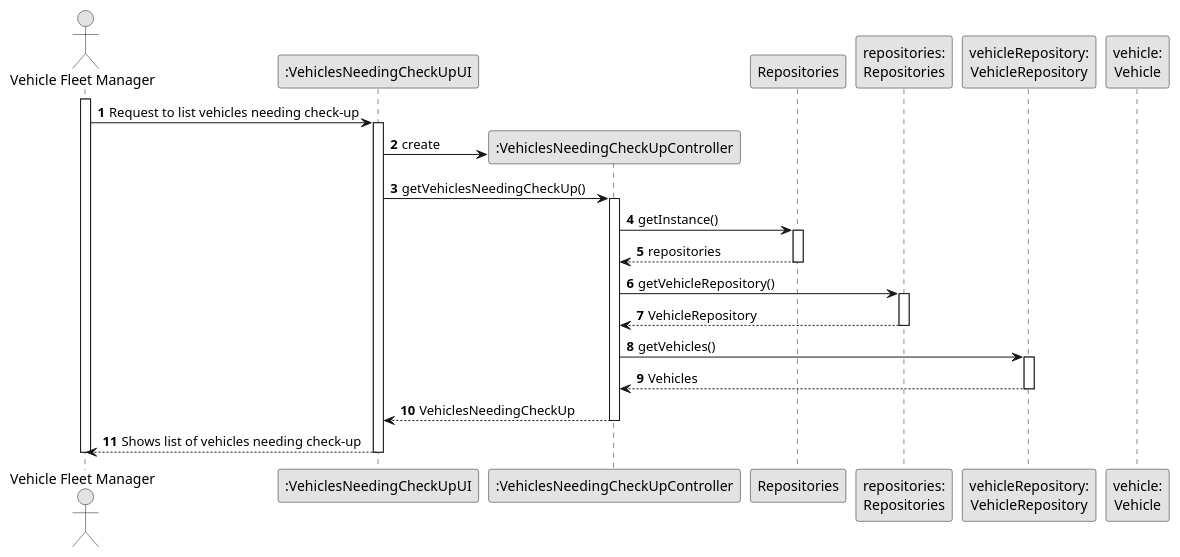
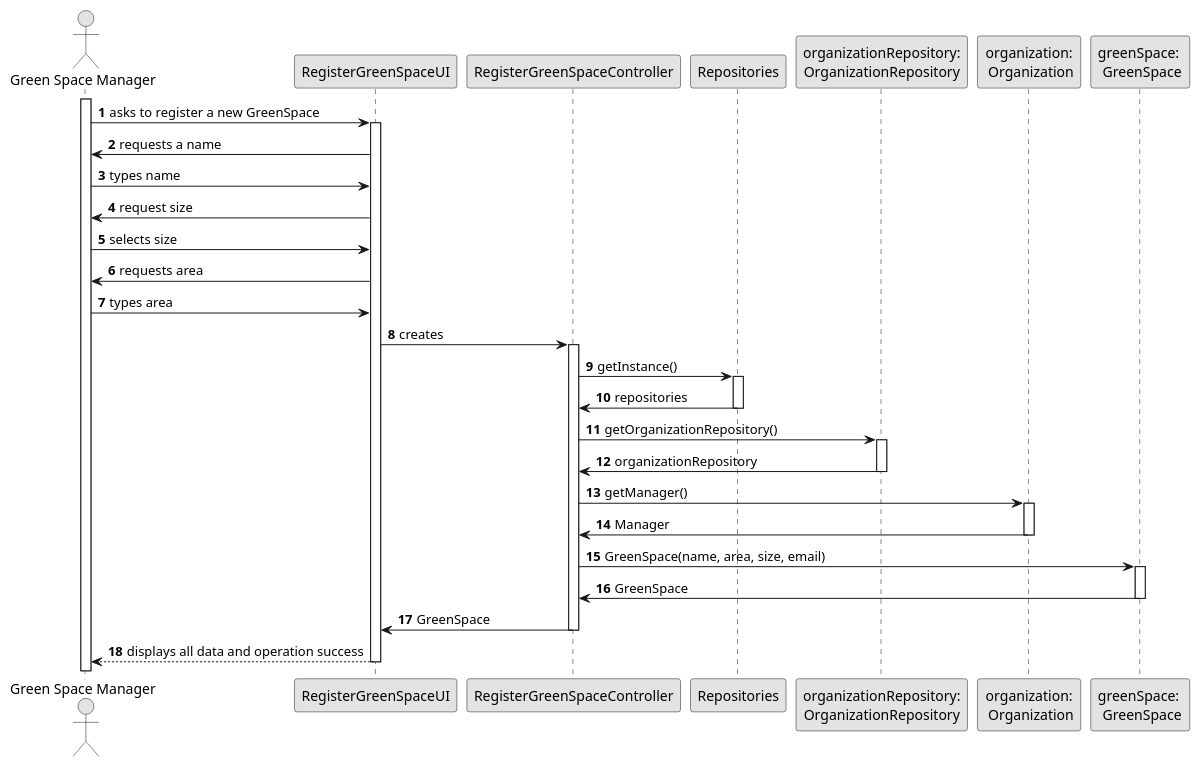
One commit to Departamento-de-Engenharia-Informatica/lei-24-s2-1df-1de-g063 changed the diagram in docs/SprintC/us020/03.design/puml/us020-sequence-diagram-full.puml. Above: the diagram before and after it, drawn with PlantUML. The commit also changed 3 other files, not shown here.

Commit message:
US22 class diagram and US 20 class + sd

```diff
--- a/docs/SprintC/us020/03.design/puml/us020-sequence-diagram-full.puml
+++ b/docs/SprintC/us020/03.design/puml/us020-sequence-diagram-full.puml
@@ -1,57 +1,73 @@
 @startuml
 skinparam monochrome true
 skinparam packageStyle rectangle
 skinparam shadowing false
 
 autonumber
 
 'hide footbox
-actor "Vehicle Fleet Manager" as VFM
-participant ":VehiclesNeedingCheckUpUI" as UI
-participant ":VehiclesNeedingCheckUpController" as CTRL
+actor "Green Space Manager" as GSM
+participant "RegisterGreenSpaceUI" as UI
+participant "RegisterGreenSpaceController" as CTRL
 participant "Repositories" as Rep
-participant "repositories:\nRepositories" as Repositories
-participant "vehicleRepository:\nVehicleRepository" as VehicleRepository
-participant "vehicle:\nVehicle" as Vehicle
+participant "organizationRepository:\nOrganizationRepository" as organizationRepository
+participant "organization:\n Organization" as Organization
+participant "greenSpace: \n GreenSpace" as GreenSpace
 
-activate VFM
+activate GSM
 
-VFM -> UI : Request to list vehicles needing check-up
+     GSM -> UI : asks to register a new GreenSpace
 
-    activate UI
+     activate UI
 
-        UI -> CTRL** : create
+            UI -> GSM : requests a name
+            GSM -> UI : types name
+            UI -> GSM : request size
+            GSM -> UI : selects size
+            UI -> GSM : requests area
+            GSM -> UI : types area
+            UI -> CTRL : creates
 
-        UI -> CTRL : getVehiclesNeedingCheckUp()
-        activate CTRL
+
+     activate CTRL
 
             CTRL -> Rep : getInstance()
-            activate Rep
 
-                Rep --> CTRL : repositories
-            deactivate Rep
+     activate Rep
 
-            CTRL -> Repositories : getVehicleRepository()
-            activate Repositories
+            Rep -> CTRL : repositories
 
-            Repositories --> CTRL : VehicleRepository
-            deactivate Repositories
+     deactivate Rep
+
+            CTRL -> organizationRepository : getOrganizationRepository()
+
+     activate organizationRepository
+
+            organizationRepository -> CTRL : organizationRepository
+
+     deactivate organizationRepository
+
+            CTRL -> Organization : getManager()
+
+     activate Organization
+
+            Organization -> CTRL : Manager
+
+     deactivate Organization
+
+            CTRL -> GreenSpace : GreenSpace(name, area, size, email)
+
+     activate GreenSpace
+
+            GreenSpace -> CTRL : GreenSpace
+
+     deactivate GreenSpace
+
+            CTRL -> UI : GreenSpace
+     deactivate CTRL
 
 
-            CTRL -> VehicleRepository : getVehicles()
-            activate VehicleRepository
-
-                VehicleRepository --> CTRL : Vehicles
-            deactivate VehicleRepository
-
-
-            CTRL --> UI : VehiclesNeedingCheckUp
-        deactivate CTRL
-
-        UI --> VFM : Shows list of vehicles needing check-up
-
-    deactivate UI
-
-deactivate VFM
+     UI --> GSM : displays all data and operation success
+     deactivate UI
 
 @enduml
```
